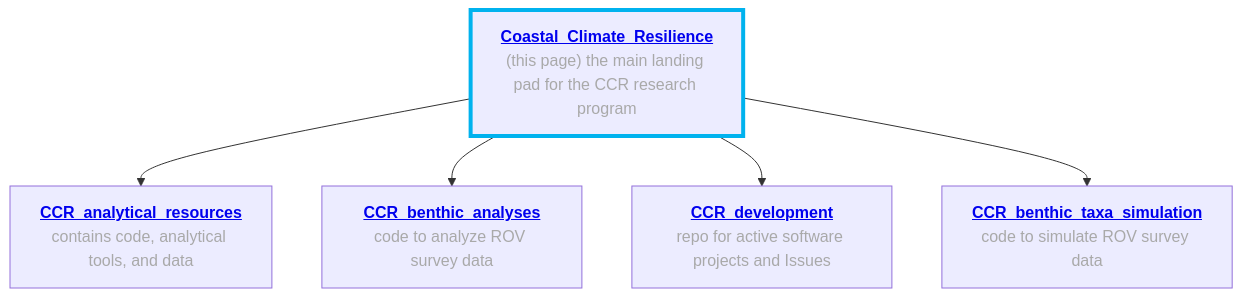
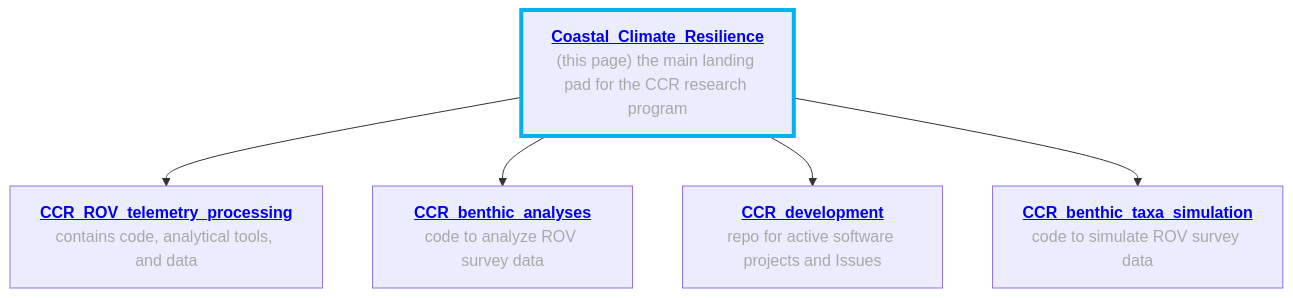
The diagram in README.md (Seattle-Aquarium/Coastal_Climate_Resilience), drawn with Mermaid before and after one commit.

Commit message:
update mermaid fig

````diff
--- a/README.md
+++ b/README.md
@@ -29,17 +29,17 @@
 ```mermaid
 
 graph TD
 
 A["<a href='https://github.com/Seattle-Aquarium/Coastal_Climate_Resilience' target='_blank' style='font-size: 16px; font-weight: bold;'>Coastal_Climate_Resilience</a><br><font color='darkgray' style='text-decoration: none;'>(this page) the main landing pad for the CCR research program</font>"]
 
-A --> B["<a href='https://github.com/Seattle-Aquarium/CCR_analytical_resources' target='_blank' style='font-size: 16px; font-weight: bold;'>CCR_analytical_resources</a><br><font color='darkgray' style='text-decoration: none;'>contains code, analytical tools, and data</font>"]
+A --> B["<a href='https://github.com/Seattle-Aquarium/CCR_analytical_resources' target='_blank' style='font-size: 16px; font-weight: bold;'>CCR_ROV_telemetry_processing</a><br><font color='darkgray' style='text-decoration: none;'>contains code, analytical tools, and data</font>"]
 
 A --> C["<a href='https://github.com/Seattle-Aquarium/CCR_benthic_analyses' target='_blank' style='font-size: 16px; font-weight: bold;'>CCR_benthic_analyses</a><br><font color='darkgray' style='text-decoration: none;'>code to analyze ROV survey data</font>"]
 
 A --> D["<a href='https://github.com/Seattle-Aquarium/CCR_development' target='_blank' style='font-size: 16px; font-weight: bold;'>CCR_development</a><br><font color='darkgray' style='text-decoration: none;'>repo for active software projects and Issues</font>"]
 
 A --> E["<a href='https://github.com/Seattle-Aquarium/CCR_benthic_taxa_simulation' target='_blank' style='font-size: 16px; font-weight: bold;'>CCR_benthic_taxa_simulation</a><br><font color='darkgray' style='text-decoration: none;'>code to simulate ROV survey data</font>"]
 
 style A stroke:#00B2EE,stroke-width:4px
 
 ```
````
